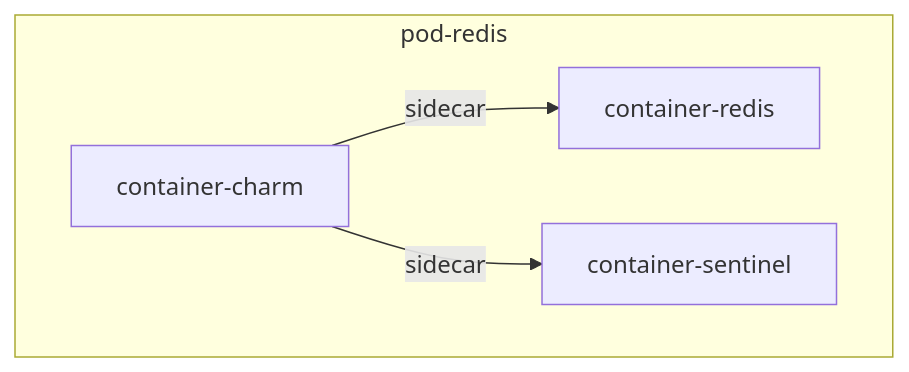
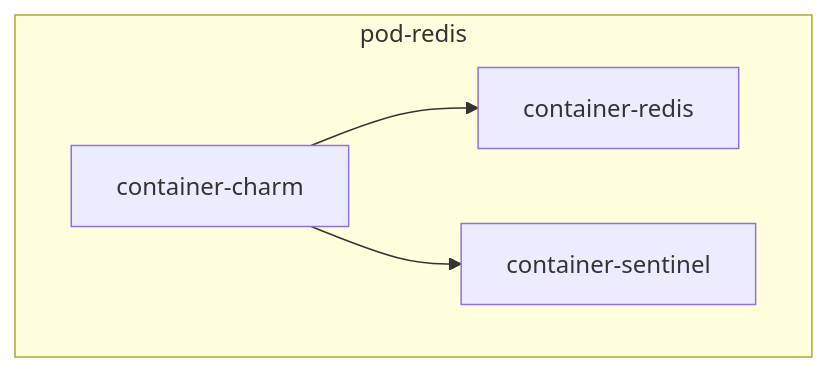
The second of 3 diagrams in tutorial-operator-charm/architecture.md (jneo8/juju-guides), drawn with Mermaid before and after one commit. The commit also changed other lines of this file and 4 other files, not shown here.

````diff
--- a/tutorial-operator-charm/architecture.md
+++ b/tutorial-operator-charm/architecture.md
@@ -48,11 +48,12 @@
 ```mermaid
 flowchart TD
 
 subgraph pod-redis
+container-charm
 container-redis
 container-sentinel
 
-container-charm --sidecar--> container-redis
-container-charm --sidecar--> container-sentinel
+container-charm --> container-redis
+container-charm --> container-sentinel
 end
 ```
````
